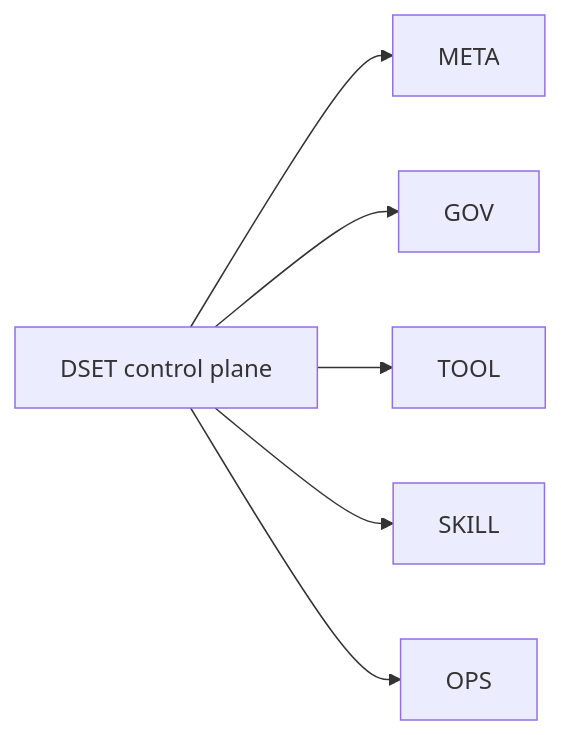
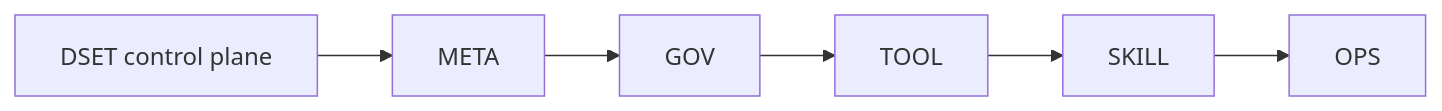
One commit to anatoly-m-maslennikov/dset-specs-loops-framework changed the diagram in .dset/project/README.md. Above: the diagram before and after it, drawn with Mermaid. The commit also changed other lines of this file and 452 other files, not shown here.

````diff
--- a/.dset/project/README.md
+++ b/.dset/project/README.md
@@ -13,15 +13,15 @@
 ```mermaid
 flowchart LR
     DSET["DSET control plane"]
     META["META"]
     GOV["GOV"]
     TOOL["TOOL"]
     SKILL["SKILL"]
     OPS["OPS"]
 
     DSET --> META
-    DSET --> GOV
-    DSET --> TOOL
-    DSET --> SKILL
-    DSET --> OPS
+    META --> GOV
+    GOV --> TOOL
+    TOOL --> SKILL
+    SKILL --> OPS
 ```
````
